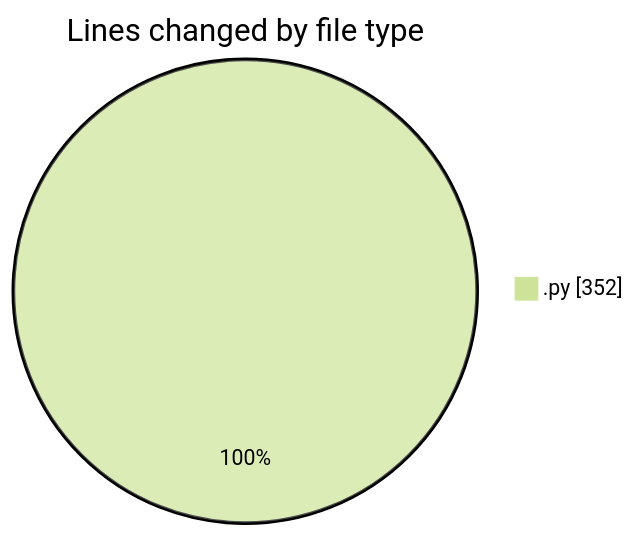
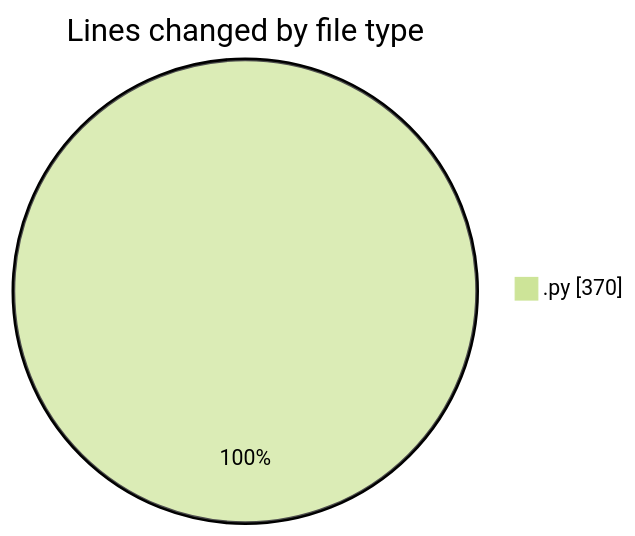
The first of 2 diagrams in 2025-07-02/cursor/README.md (FelipKnott/code-tracking), drawn with Mermaid (forest theme) before and after one commit. The commit also changed other lines of this file and 1 other file, not shown here.

````diff
--- a/2025-07-02/cursor/README.md
+++ b/2025-07-02/cursor/README.md
@@ -22,5 +22,5 @@
 ```mermaid
 pie showData
 title Lines changed by file type
-".py" : 352
+".py" : 370
 ```
````
